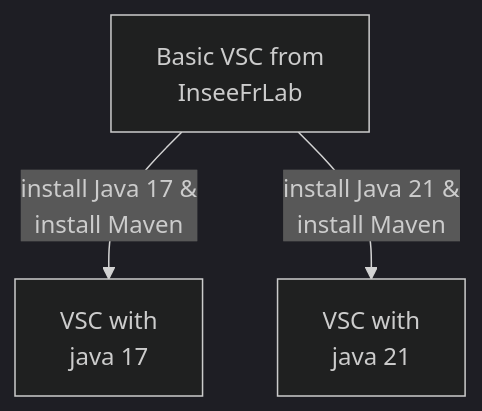
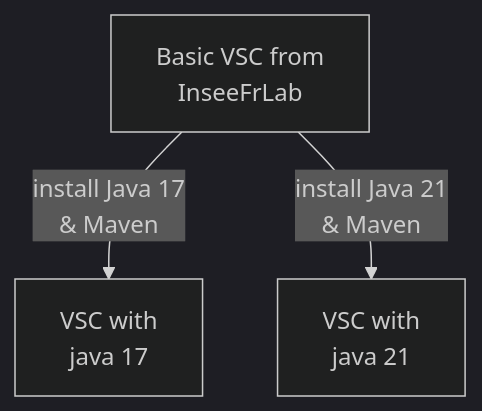
One commit to odysseu/onyxia-datascience-images changed the diagram in README.md. Above: the diagram before and after it, drawn with Mermaid (dark theme). The commit also changed other lines of this file, not shown here.

````diff
--- a/README.md
+++ b/README.md
@@ -13,8 +15,8 @@
 ```mermaid
 flowchart TB
-A[Basic VSC from\nInseeFrLab]
-B[VSC with\njava 17]
-C[VSC with\njava 21]
-A -->|install Java 17 &\n install Maven| B
-A -->|install Java 21 &\n install Maven| C
+A[Basic VSC from</br>InseeFrLab]
+B[VSC with</br>java 17]
+C[VSC with</br>java 21]
+A -->|install Java 17</br>& Maven| B
+A -->|install Java 21</br>& Maven| C
 ```
````
